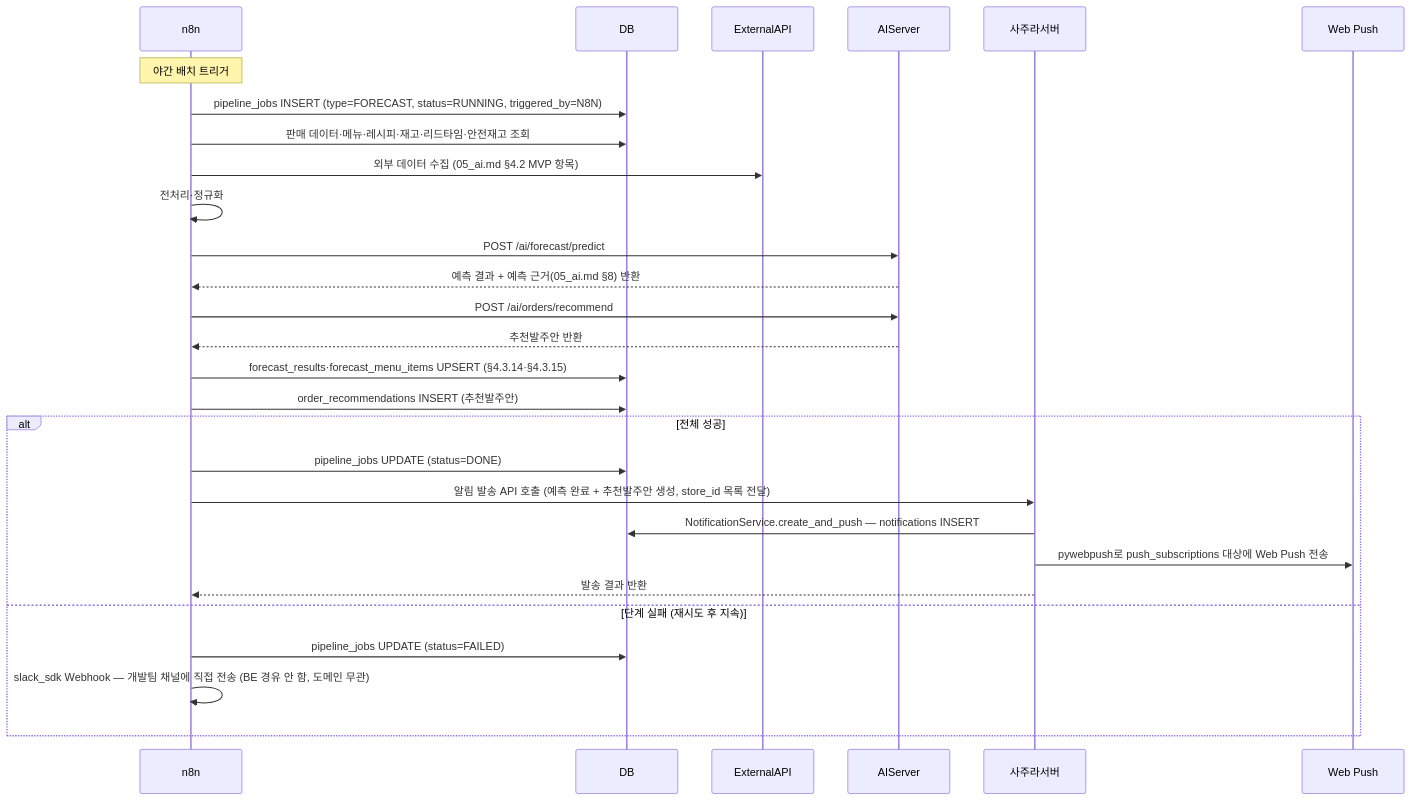
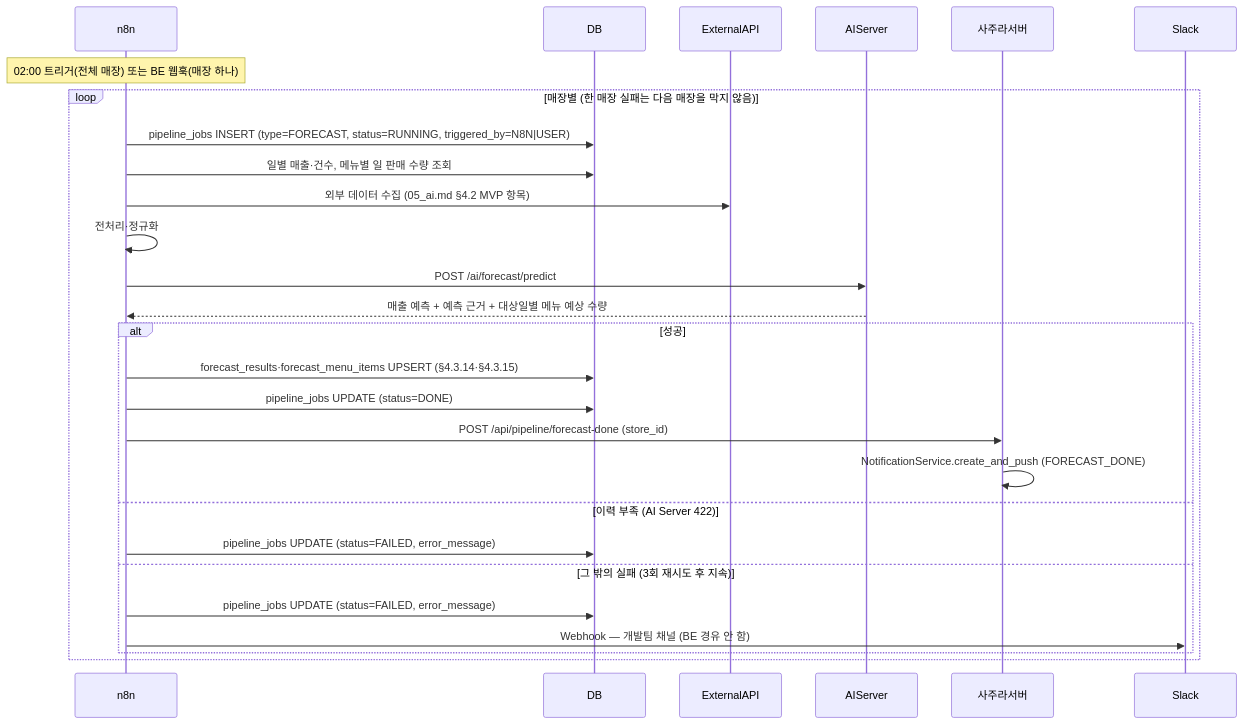
Before and after one commit to h-taek/CapstoneDesign-Sajura: the fourth of 8 diagrams in docs/spec/02_implementation_design.md, drawn with Mermaid. The commit also changed other lines of this file and 6 other files, not shown here.

````diff
--- a/docs/spec/02_implementation_design.md
+++ b/docs/spec/02_implementation_design.md
@@ -356,32 +357,30 @@
 ```mermaid
 sequenceDiagram
     participant n8n
     participant DB
     participant ExternalAPI
     participant AIServer
     participant BE as 사주라서버
-    participant Push as Web Push
+    participant Slack
 
-    Note over n8n: 야간 배치 트리거
-    n8n->>DB: pipeline_jobs INSERT (type=FORECAST, status=RUNNING, triggered_by=N8N)
-    n8n->>DB: 판매 데이터·메뉴·레시피·재고·리드타임·안전재고 조회
-    n8n->>ExternalAPI: 외부 데이터 수집 (05_ai.md §4.2 MVP 항목)
-    n8n->>n8n: 전처리·정규화
-    n8n->>AIServer: POST /ai/forecast/predict
-    AIServer-->>n8n: 예측 결과 + 예측 근거(05_ai.md §8) 반환
-    n8n->>AIServer: POST /ai/orders/recommend
-    AIServer-->>n8n: 추천발주안 반환
-    n8n->>DB: forecast_results·forecast_menu_items UPSERT (§4.3.14·§4.3.15)
-    n8n->>DB: order_recommendations INSERT (추천발주안)
-
-    alt 전체 성공
-        n8n->>DB: pipeline_jobs UPDATE (status=DONE)
-        n8n->>BE: 알림 발송 API 호출 (예측 완료 + 추천발주안 생성, store_id 목록 전달)
-        BE->>DB: NotificationService.create_and_push — notifications INSERT
-        BE->>Push: pywebpush로 push_subscriptions 대상에 Web Push 전송
-        BE-->>n8n: 발송 결과 반환
-    else 단계 실패 (재시도 후 지속)
-        n8n->>DB: pipeline_jobs UPDATE (status=FAILED)
-        n8n->>n8n: slack_sdk Webhook — 개발팀 채널에 직접 전송 (BE 경유 안 함, 도메인 무관)
+    Note over n8n: 02:00 트리거(전체 매장) 또는 BE 웹훅(매장 하나)
+    loop 매장별 (한 매장 실패는 다음 매장을 막지 않음)
+        n8n->>DB: pipeline_jobs INSERT (type=FORECAST, status=RUNNING, triggered_by=N8N|USER)
+        n8n->>DB: 일별 매출·건수, 메뉴별 일 판매 수량 조회
+        n8n->>ExternalAPI: 외부 데이터 수집 (05_ai.md §4.2 MVP 항목)
+        n8n->>n8n: 전처리·정규화
+        n8n->>AIServer: POST /ai/forecast/predict
+        AIServer-->>n8n: 매출 예측 + 예측 근거 + 대상일별 메뉴 예상 수량
+        alt 성공
+            n8n->>DB: forecast_results·forecast_menu_items UPSERT (§4.3.14·§4.3.15)
+            n8n->>DB: pipeline_jobs UPDATE (status=DONE)
+            n8n->>BE: POST /api/pipeline/forecast-done (store_id)
+            BE->>BE: NotificationService.create_and_push (FORECAST_DONE)
+        else 이력 부족 (AI Server 422)
+            n8n->>DB: pipeline_jobs UPDATE (status=FAILED, error_message)
+        else 그 밖의 실패 (3회 재시도 후 지속)
+            n8n->>DB: pipeline_jobs UPDATE (status=FAILED, error_message)
+            n8n->>Slack: Webhook — 개발팀 채널 (BE 경유 안 함)
+        end
     end
 ```
````
